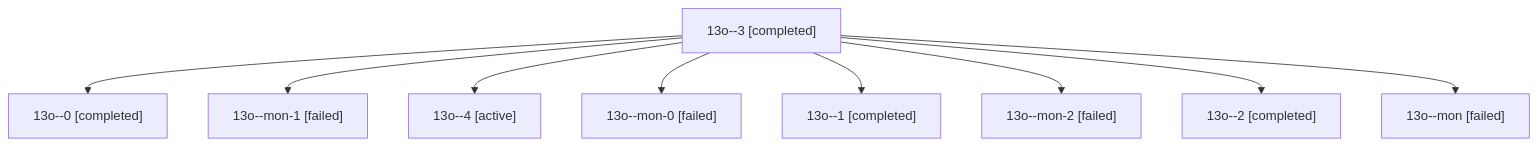
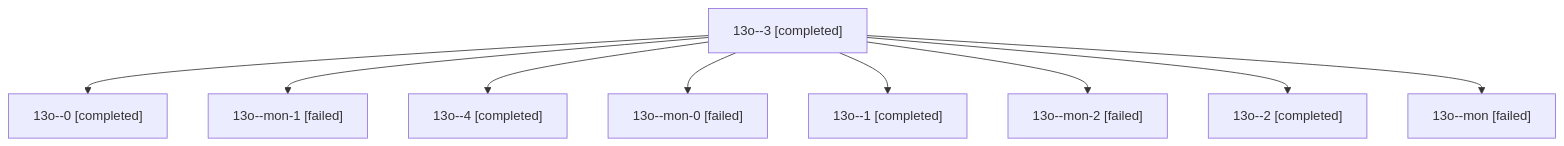
The diagram in sessions/bbugyi200.athena.13o.md (sase-org/sase--agents), drawn with Mermaid before and after one commit. The commit also changed other lines of this file and 227 other files, not shown here.

````diff
--- a/sessions/bbugyi200.athena.13o.md
+++ b/sessions/bbugyi200.athena.13o.md
@@ -9,20 +9,20 @@
 ```mermaid
 flowchart TD
   n0["13o--3 [completed]"]
   n1["13o--0 [completed]"]
   n0 --> n1
   n2["13o--mon-1 [failed]"]
   n0 --> n2
-  n3["13o--4 [active]"]
+  n3["13o--4 [completed]"]
   n0 --> n3
   n4["13o--mon-0 [failed]"]
   n0 --> n4
   n5["13o--1 [completed]"]
   n0 --> n5
   n6["13o--mon-2 [failed]"]
   n0 --> n6
   n7["13o--2 [completed]"]
   n0 --> n7
   n8["13o--mon [failed]"]
   n0 --> n8
 ```
````
